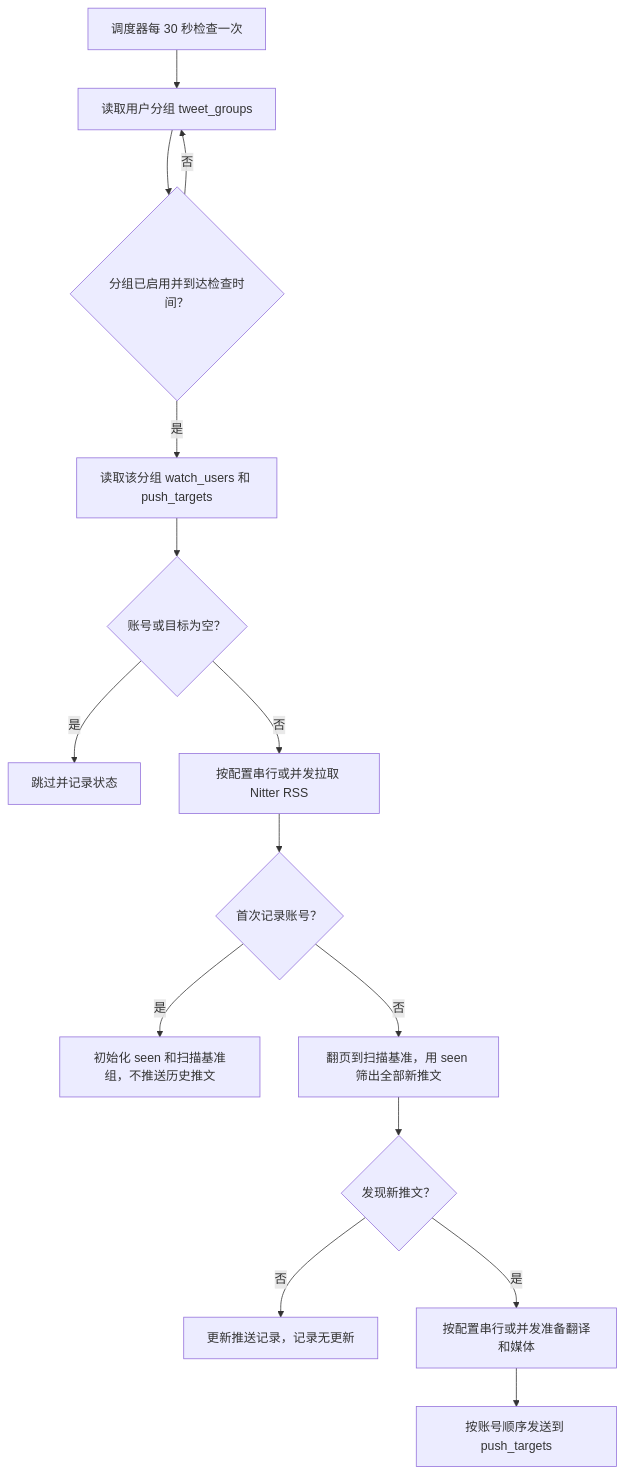
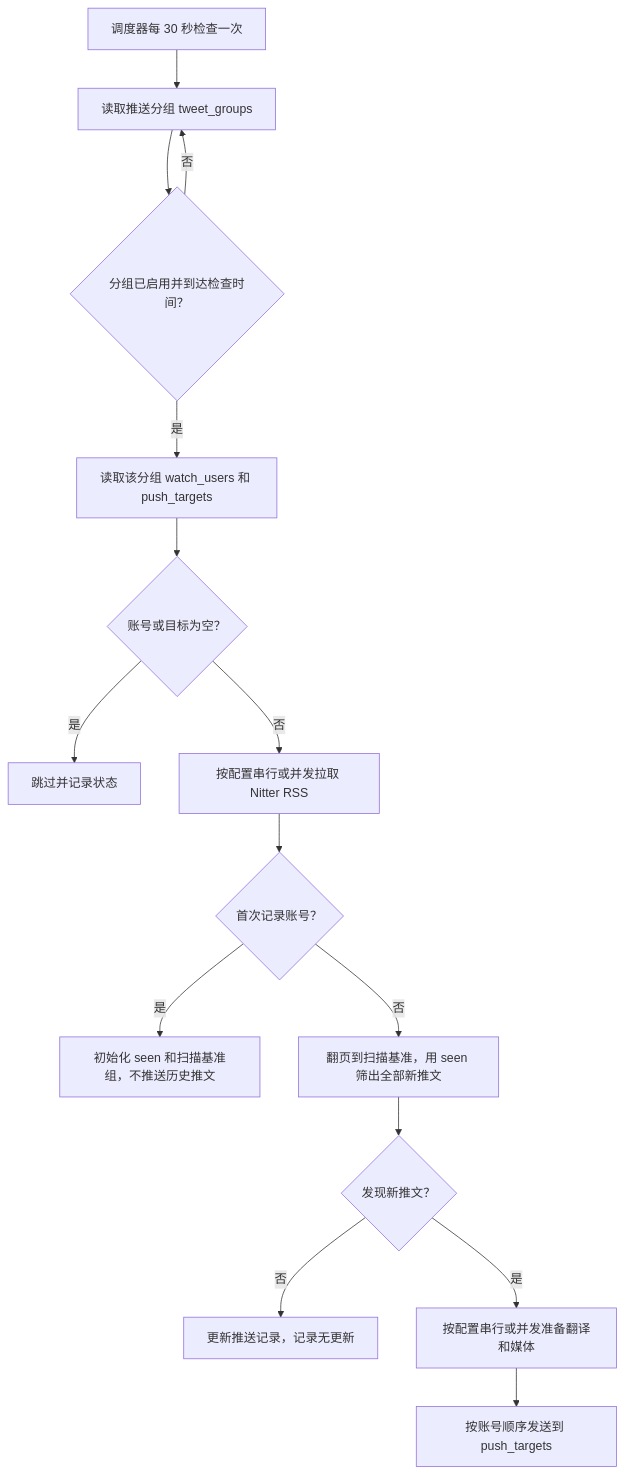
One commit to shitianyaa/astrbot_plugin_nitter_tweets changed the first of 3 diagrams in docs/advanced.md. Above: the diagram before and after it, drawn with Mermaid. The commit also changed other lines of this file and 6 other files, not shown here.

````diff
--- a/docs/advanced.md
+++ b/docs/advanced.md
@@ -24,17 +24,17 @@
 ```mermaid
 flowchart TD
-    A["调度器每 30 秒检查一次"] --> B["读取用户分组 tweet_groups"]
+    A["调度器每 30 秒检查一次"] --> B["读取推送分组 tweet_groups"]
     B --> C{"分组已启用并到达检查时间？"}
     C -->|否| B
     C -->|是| D["读取该分组 watch_users 和 push_targets"]
     D --> E{"账号或目标为空？"}
     E -->|是| F["跳过并记录状态"]
     E -->|否| G["按配置串行或并发拉取 Nitter RSS"]
     G --> H{"首次记录账号？"}
     H -->|是| I["初始化 seen 和扫描基准组，不推送历史推文"]
     H -->|否| J["翻页到扫描基准，用 seen 筛出全部新推文"]
     J --> K{"发现新推文？"}
     K -->|否| L["更新推送记录，记录无更新"]
     K -->|是| M["按配置串行或并发准备翻译和媒体"]
     M --> O["按账号顺序发送到 push_targets"]
 ```
````
